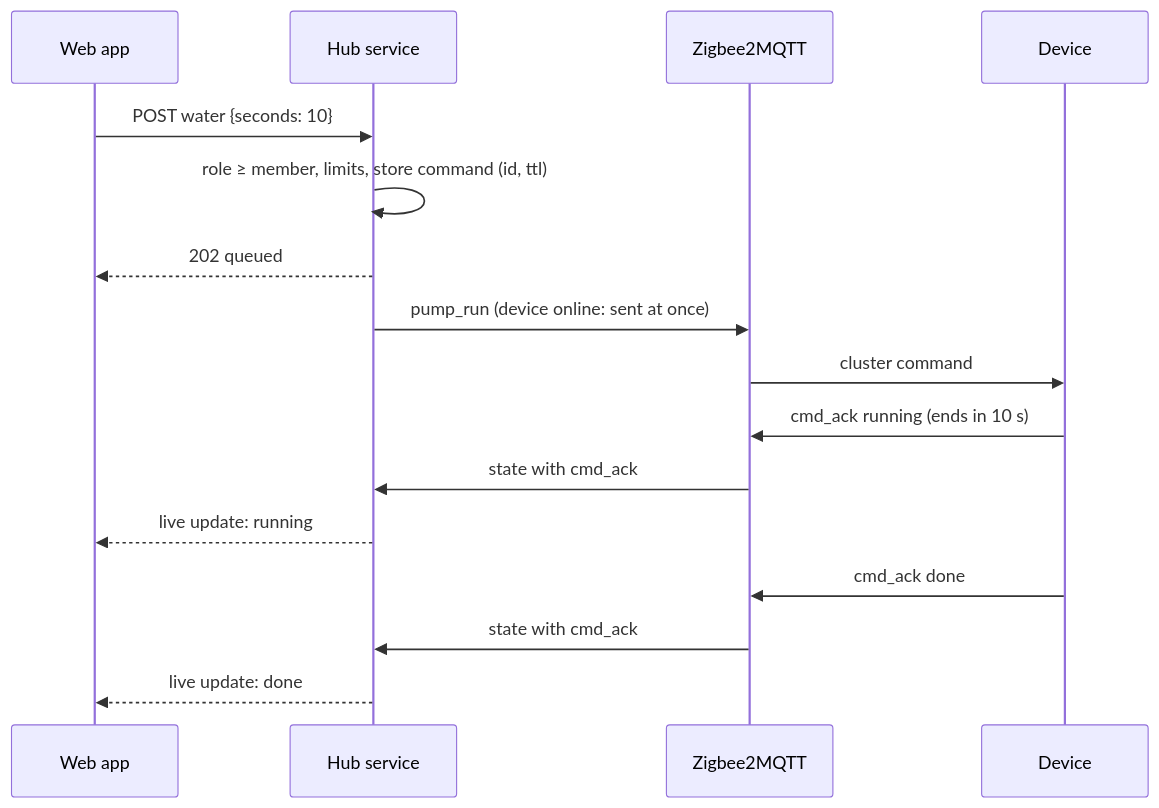
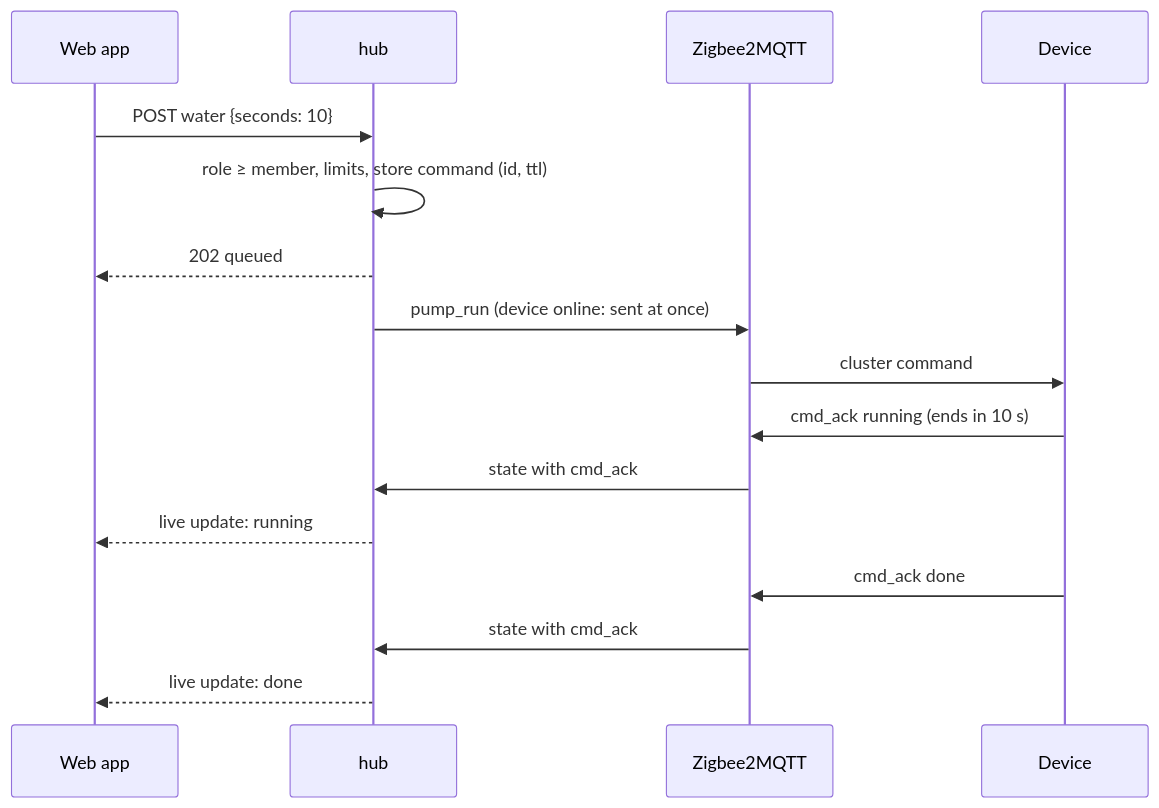
The sixth of 8 diagrams in PROJECT.md (Hansom17/MoistureController), drawn with Mermaid before and after one commit. The commit also changed other lines of this file and 5 other files, not shown here.

````diff
--- a/PROJECT.md
+++ b/PROJECT.md
@@ -267,19 +276,19 @@
 ```mermaid
 sequenceDiagram
     participant App as Web app
-    participant Hub as Hub service
+    participant Hub as hub
     participant Z as Zigbee2MQTT
     participant Dev as Device
 
     App->>Hub: POST water {seconds: 10}
     Hub->>Hub: role ≥ member, limits, store command (id, ttl)
     Hub-->>App: 202 queued
     Hub->>Z: pump_run (device online: sent at once)
     Z->>Dev: cluster command
     Dev->>Z: cmd_ack running (ends in 10 s)
     Z->>Hub: state with cmd_ack
     Hub-->>App: live update: running
     Dev->>Z: cmd_ack done
     Z->>Hub: state with cmd_ack
     Hub-->>App: live update: done
 ```
````
